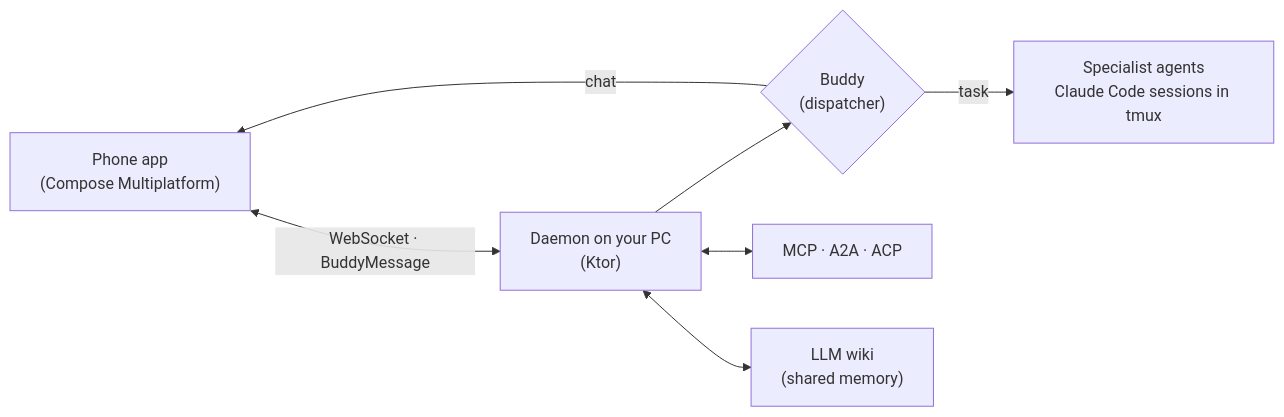
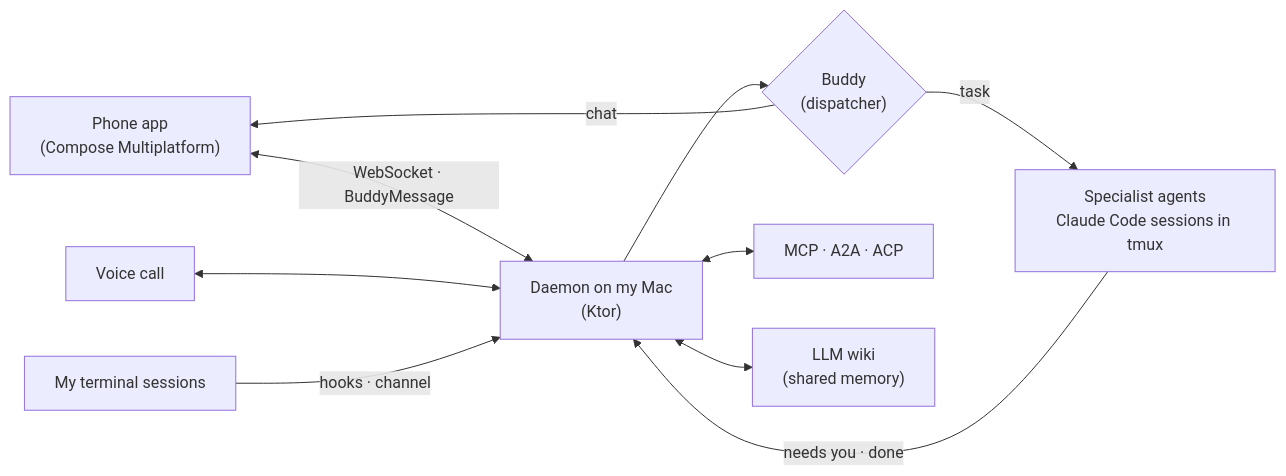
One commit to Hey-Deepak/Hey-Buddy changed the third of 3 diagrams in README.md. Above: the diagram before and after it, drawn with Mermaid. The commit also changed other lines of this file and 7 other files, not shown here.

````diff
--- a/README.md
+++ b/README.md
@@ -14,9 +158,12 @@
 ```mermaid
 flowchart LR
-  P["Phone app<br/>(Compose Multiplatform)"] <-- "WebSocket · BuddyMessage" --> D["Daemon on your PC<br/>(Ktor)"]
+  P["Phone app<br/>(Compose Multiplatform)"] <-- "WebSocket · BuddyMessage" --> D["Daemon on my Mac<br/>(Ktor)"]
+  V["Voice call"] <--> D
+  T["My terminal sessions"] -- "hooks · channel" --> D
   D --> R{"Buddy<br/>(dispatcher)"}
   R -- "chat" --> P
   R -- "task" --> S["Specialist agents<br/>Claude Code sessions in tmux"]
+  S -- "needs you · done" --> D
   D <--> M["MCP · A2A · ACP"]
   D <--> W["LLM wiki<br/>(shared memory)"]
 ```
````
